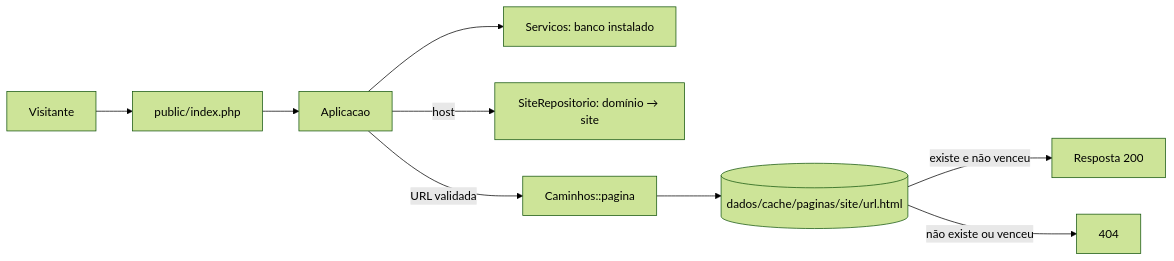
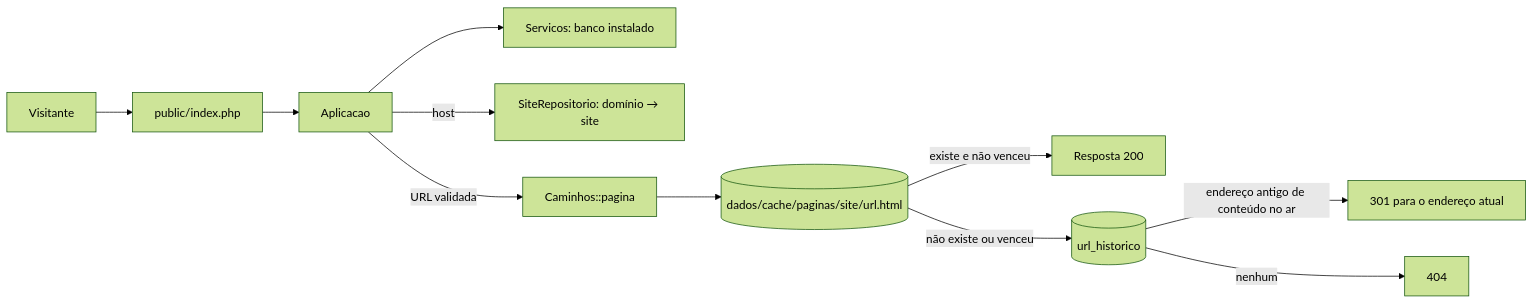
Before and after one commit to publicare/publicare4: the first of 2 diagrams in docs/tecnica/arquitetura.md, drawn with Mermaid (forest theme). The commit also changed other lines of this file and 21 other files, not shown here.

````diff
--- a/docs/tecnica/arquitetura.md
+++ b/docs/tecnica/arquitetura.md
@@ -7,11 +7,13 @@
 ```mermaid
 flowchart LR
     V[Visitante] --> I[public/index.php]
     I --> A[Aplicacao]
     A --> S[Servicos: banco instalado]
     A -->|host| H[SiteRepositorio: domínio → site]
     A -->|URL validada| C[Caminhos::pagina]
     C --> F[(dados/cache/paginas/site/url.html)]
     F -->|existe e não venceu| R[Resposta 200]
-    F -->|não existe ou venceu| N[404]
+    F -->|não existe ou venceu| UH[(url_historico)]
+    UH -->|endereço antigo de conteúdo no ar| M[301 para o endereço atual]
+    UH -->|nenhum| N[404]
 ```
````
